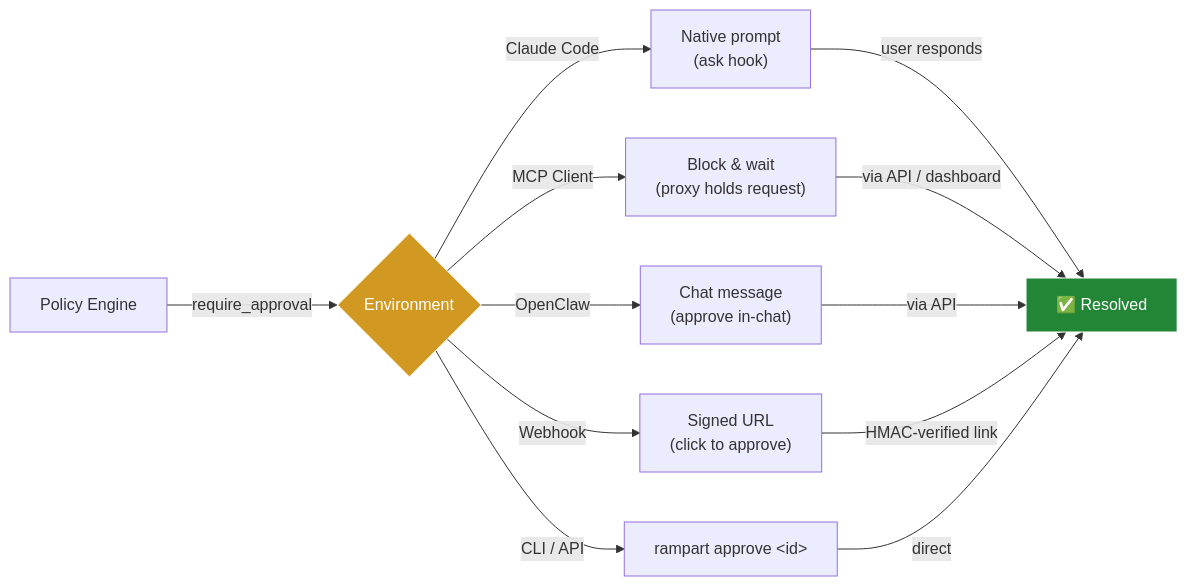
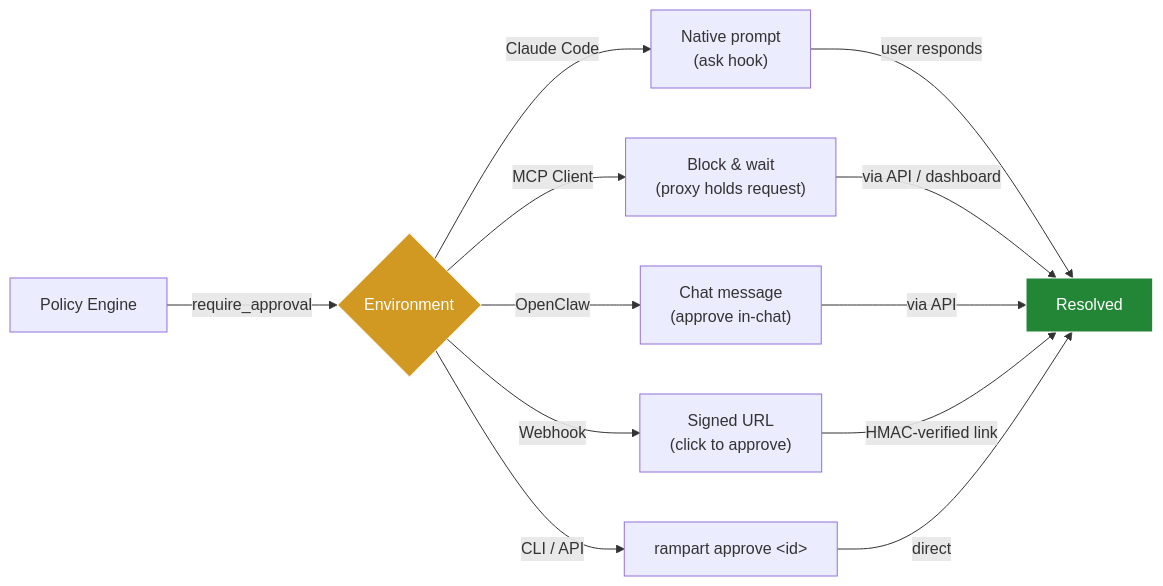
One commit to peg/rampart changed the diagram in README.md. Above: the diagram before and after it, drawn with Mermaid. The commit also changed other lines of this file and 73 other files, not shown here.

````diff
--- a/README.md
+++ b/README.md
@@ -413,18 +377,18 @@
 ```mermaid
 graph LR
     PE[Policy Engine] -->|require_approval| D{Environment}
     D -->|Claude Code| CC["Native prompt<br/>(ask hook)"]
     D -->|MCP Client| MCP["Block & wait<br/>(proxy holds request)"]
     D -->|OpenClaw| OC["Chat message<br/>(approve in-chat)"]
     D -->|Webhook| WH["Signed URL<br/>(click to approve)"]
     D -->|CLI / API| CLI["rampart approve &lt;id&gt;"]
 
-    CC -->|user responds| R[✅ Resolved]
+    CC -->|user responds| R[Resolved]
     MCP -->|via API / dashboard| R
     OC -->|via API| R
     WH -->|HMAC-verified link| R
     CLI -->|direct| R
 
     style D fill:#d29922,stroke:#fff,color:#fff
     style R fill:#238636,stroke:#fff,color:#fff
 ```
````
